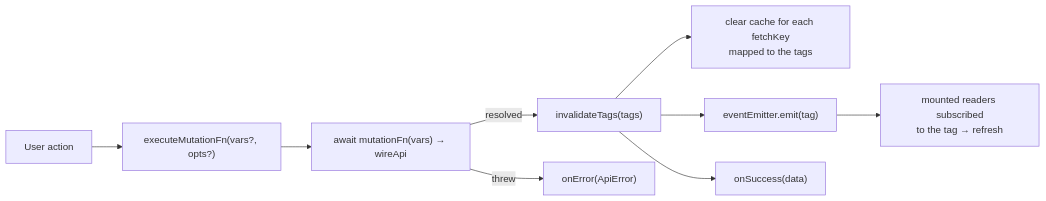
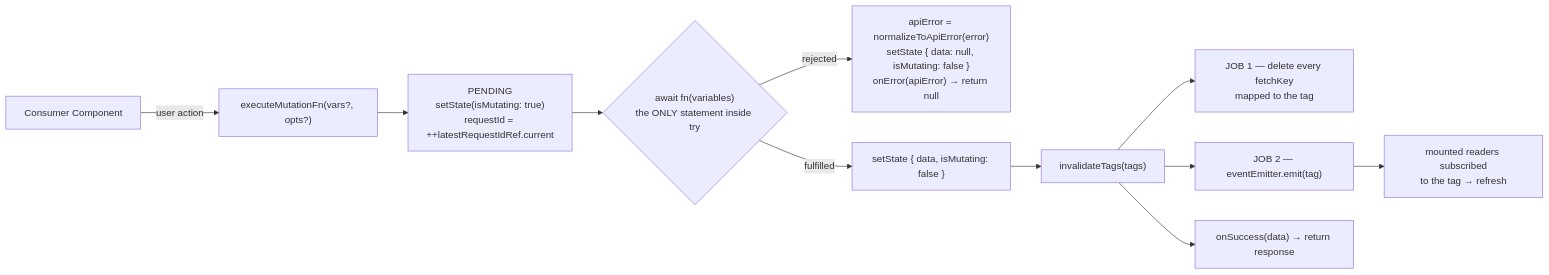
Before and after one commit to chuhaiphu/fetchwire: the first of 4 diagrams in docs/architecture/USE-MUTATION-FN-FLOW.md, drawn with Mermaid. The commit also changed other lines of this file and 14 other files, not shown here.

First line of the commit message:
refactor: improve error handling and documentation across fetch and mutation hooks

````diff
--- a/docs/architecture/USE-MUTATION-FN-FLOW.md
+++ b/docs/architecture/USE-MUTATION-FN-FLOW.md
@@ -16,11 +36,15 @@
 ```mermaid
 flowchart LR
-    User["User action"] --> EXE["executeMutationFn(vars?, opts?)"]
-    EXE --> MUT["await mutationFn(vars) → wireApi"]
-    MUT -->|"resolved"| INV["invalidateTags(tags)"]
-    MUT -->|"threw"| ERR["onError(ApiError)"]
-    INV --> CLR["clear cache for each fetchKey<br/>mapped to the tags"]
-    INV --> EMIT["eventEmitter.emit(tag)"]
+    Cmp["Consumer Component"] -->|"user action"| EXE["executeMutationFn(vars?, opts?)"]
+    EXE --> PEND["PENDING<br/>setState(isMutating: true)<br/>requestId = ++latestRequestIdRef.current"]
+    PEND --> TRY{"await fn(variables)<br/>the ONLY statement inside try"}
+
+    TRY -->|"rejected"| ERRS["apiError = normalizeToApiError(error)<br/>setState { data: null, isMutating: false }<br/>onError(apiError) → return null"]
+
+    TRY -->|"fulfilled"| OKS["setState { data, isMutating: false }"]
+    OKS --> INV["invalidateTags(tags)"]
+    INV --> CLR["JOB 1 — delete every fetchKey<br/>mapped to the tag"]
+    INV --> EMIT["JOB 2 — eventEmitter.emit(tag)"]
     EMIT --> RD["mounted readers subscribed<br/>to the tag → refresh"]
-    INV --> OK["onSuccess(data)"]
+    INV --> OK["onSuccess(data) → return response"]
 ```
````
